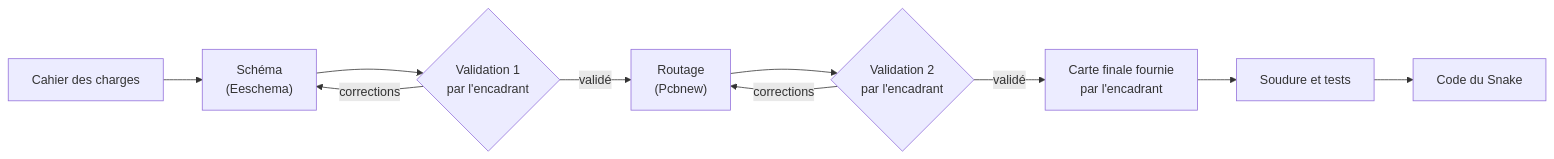
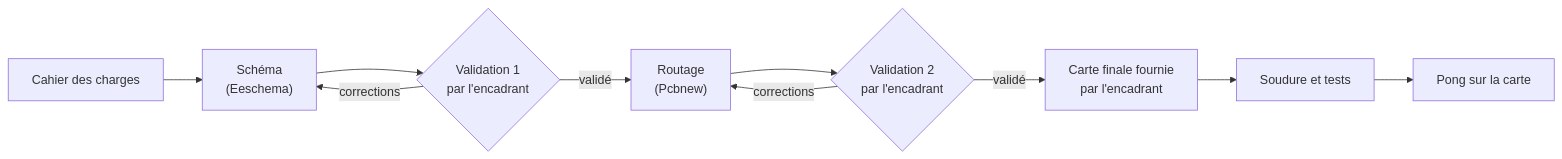
The diagram in _workshops/microcontroleur/tutorials/conception-carte-kicad.md (Makerspace-Amiens/doc.makerspace-amiens.fr), drawn with Mermaid before and after one commit. The commit also changed other lines of this file and 16 other files, not shown here.

````diff
--- a/_workshops/microcontroleur/tutorials/conception-carte-kicad.md
+++ b/_workshops/microcontroleur/tutorials/conception-carte-kicad.md
@@ -34,12 +36,12 @@
 ```mermaid
 flowchart LR
   A["Cahier des charges"] --> B["Schéma\n(Eeschema)"]
   B --> V1{"Validation 1\npar l'encadrant"}
   V1 -->|corrections| B
   V1 -->|validé| C["Routage\n(Pcbnew)"]
   C --> V2{"Validation 2\npar l'encadrant"}
   V2 -->|corrections| C
   V2 -->|validé| D["Carte finale fournie\npar l'encadrant"]
   D --> E["Soudure et tests"]
-  E --> F["Code du Snake"]
+  E --> F["Pong sur la carte"]
 ```
````
